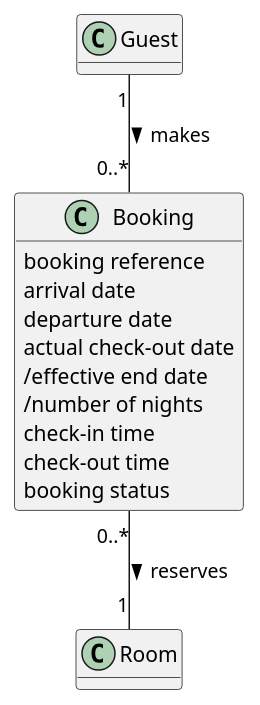
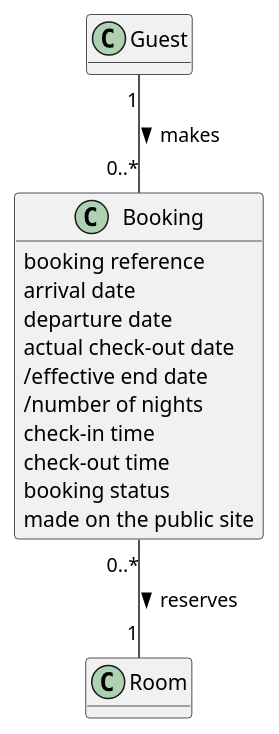
Before and after one commit to NF-Hotel/NFHotel: the diagram in docs/use-cases/uc-001/dm.md, drawn with PlantUML. The commit also changed other lines of this file and 17 other files, not shown here.

````diff
--- a/docs/use-cases/uc-001/dm.md
+++ b/docs/use-cases/uc-001/dm.md
@@ -27,21 +27,22 @@
 ```plantuml
 @startuml
 skinparam classAttributeIconSize 0
 hide methods
 class Booking {
   booking reference
   arrival date
   departure date
   actual check-out date
   /effective end date
   /number of nights
   check-in time
   check-out time
   booking status
+  made on the public site
 }
 class Guest
 class Room
 Guest "1" -- "0..*" Booking : makes >
 Booking "0..*" -- "1" Room : reserves >
 @enduml
 ```
````
